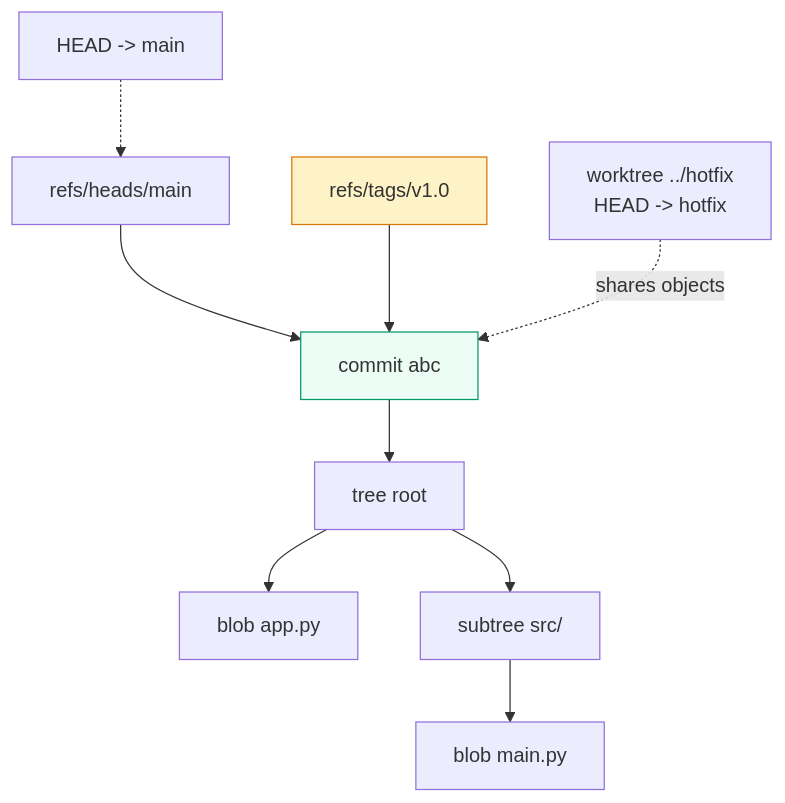
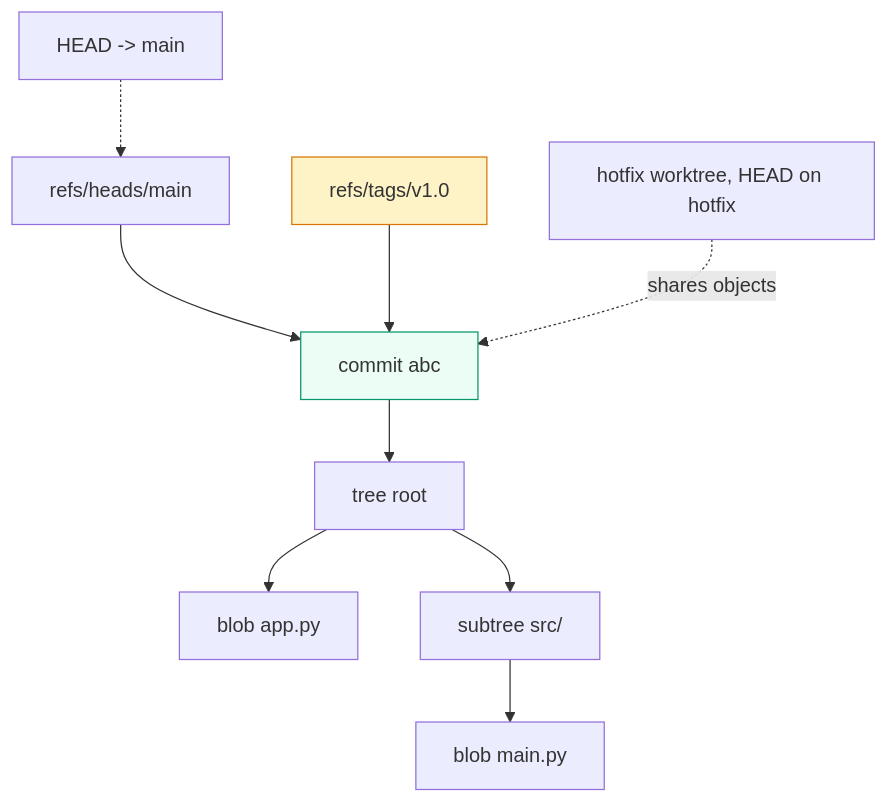
One commit to lakshay-goyal/learning-phase changed the diagram in DevOps/Git/notes/06-Tags-Worktrees-Internals.md. Above: the diagram before and after it, drawn with Mermaid. The commit also changed other lines of this file and 39 other files, not shown here.

````diff
--- a/DevOps/Git/notes/06-Tags-Worktrees-Internals.md
+++ b/DevOps/Git/notes/06-Tags-Worktrees-Internals.md
@@ -84,13 +92,13 @@
 ```mermaid
 flowchart TB
   C[commit abc] --> T[tree root]
   T --> B1[blob app.py]
   T --> ST[subtree src/]
   ST --> B2[blob main.py]
   BR[refs/heads/main] --> C
   TG[refs/tags/v1.0] --> C
   H[HEAD -> main] -.-> BR
-  W2[worktree ../hotfix<br/>HEAD -> hotfix] -. shares objects .-> C
+  W2[hotfix worktree, HEAD on hotfix] -. shares objects .-> C
   style C fill:#ecfdf5,stroke:#059669
   style TG fill:#fef3c7,stroke:#d97706
 ```
````
